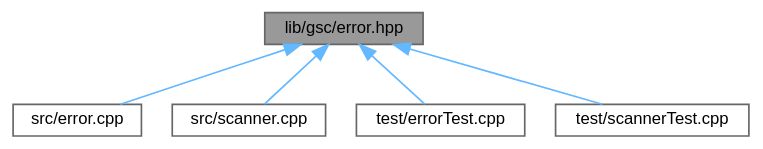
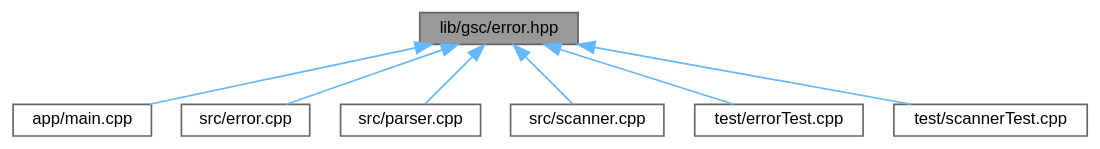
Before and after one commit to helcsnewsxd/gsc-interpreter: the diagram in error_8hpp__dep__incl.dot, drawn with Graphviz. The commit also changed 91 other files, not shown here.

```diff
--- a/error_8hpp__dep__incl.dot
+++ b/error_8hpp__dep__incl.dot
@@ -1,16 +1,20 @@
 digraph "lib/gsc/error.hpp"
 {
  // LATEX_PDF_SIZE
   bgcolor="transparent";
   edge [fontname=Helvetica,fontsize=10,labelfontname=Helvetica,labelfontsize=10];
   node [fontname=Helvetica,fontsize=10,shape=box,height=0.2,width=0.4];
   Node1 [id="Node000001",label="lib/gsc/error.hpp",height=0.2,width=0.4,color="gray40", fillcolor="grey60", style="filled", fontcolor="black",tooltip=" "];
   Node1 -> Node2 [id="edge1_Node000001_Node000002",dir="back",color="steelblue1",style="solid",tooltip=" "];
-  Node2 [id="Node000002",label="src/error.cpp",height=0.2,width=0.4,color="grey40", fillcolor="white", style="filled",URL="$error_8cpp.html",tooltip=" "];
+  Node2 [id="Node000002",label="app/main.cpp",height=0.2,width=0.4,color="grey40", fillcolor="white", style="filled",URL="$main_8cpp.html",tooltip=" "];
   Node1 -> Node3 [id="edge2_Node000001_Node000003",dir="back",color="steelblue1",style="solid",tooltip=" "];
-  Node3 [id="Node000003",label="src/scanner.cpp",height=0.2,width=0.4,color="grey40", fillcolor="white", style="filled",URL="$scanner_8cpp.html",tooltip=" "];
+  Node3 [id="Node000003",label="src/error.cpp",height=0.2,width=0.4,color="grey40", fillcolor="white", style="filled",URL="$error_8cpp.html",tooltip=" "];
   Node1 -> Node4 [id="edge3_Node000001_Node000004",dir="back",color="steelblue1",style="solid",tooltip=" "];
-  Node4 [id="Node000004",label="test/errorTest.cpp",height=0.2,width=0.4,color="grey40", fillcolor="white", style="filled",URL="$errorTest_8cpp.html",tooltip=" "];
+  Node4 [id="Node000004",label="src/parser.cpp",height=0.2,width=0.4,color="grey40", fillcolor="white", style="filled",URL="$parser_8cpp.html",tooltip=" "];
   Node1 -> Node5 [id="edge4_Node000001_Node000005",dir="back",color="steelblue1",style="solid",tooltip=" "];
-  Node5 [id="Node000005",label="test/scannerTest.cpp",height=0.2,width=0.4,color="grey40", fillcolor="white", style="filled",URL="$scannerTest_8cpp.html",tooltip=" "];
+  Node5 [id="Node000005",label="src/scanner.cpp",height=0.2,width=0.4,color="grey40", fillcolor="white", style="filled",URL="$scanner_8cpp.html",tooltip=" "];
+  Node1 -> Node6 [id="edge5_Node000001_Node000006",dir="back",color="steelblue1",style="solid",tooltip=" "];
+  Node6 [id="Node000006",label="test/errorTest.cpp",height=0.2,width=0.4,color="grey40", fillcolor="white", style="filled",URL="$errorTest_8cpp.html",tooltip=" "];
+  Node1 -> Node7 [id="edge6_Node000001_Node000007",dir="back",color="steelblue1",style="solid",tooltip=" "];
+  Node7 [id="Node000007",label="test/scannerTest.cpp",height=0.2,width=0.4,color="grey40", fillcolor="white", style="filled",URL="$scannerTest_8cpp.html",tooltip=" "];
 }
```
